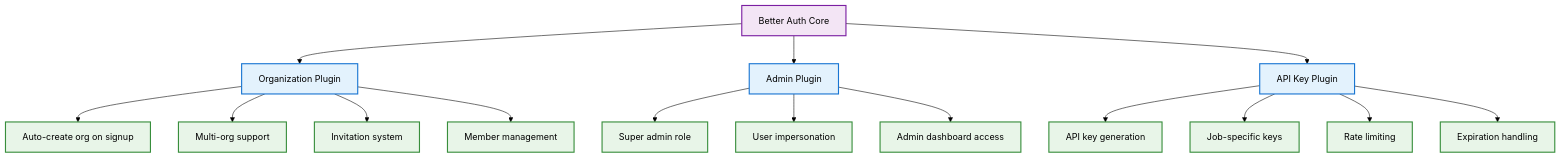
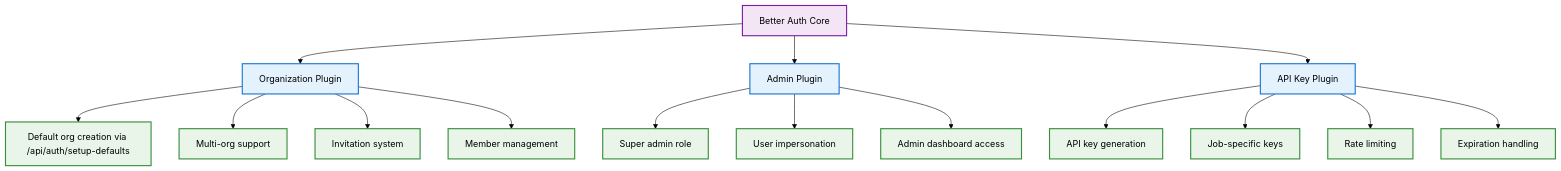
The sixth of 15 diagrams in specs/02-authentication/AUTHENTICATION_SYSTEM.md (supercheck-io/supercheck), drawn with Mermaid (forest theme) before and after one commit. The commit also changed other lines of this file and 69 other files, not shown here.

````diff
--- a/specs/02-authentication/AUTHENTICATION_SYSTEM.md
+++ b/specs/02-authentication/AUTHENTICATION_SYSTEM.md
@@ -241,28 +237,28 @@
 ```mermaid
 graph TB
     A[Better Auth Core] --> B[Organization Plugin]
     A --> C[Admin Plugin]
     A --> D[API Key Plugin]
 
-    B --> B1[Auto-create org on signup]
+    B --> B1[Default org creation via /api/auth/setup-defaults]
     B --> B2[Multi-org support]
     B --> B3[Invitation system]
     B --> B4[Member management]
 
     C --> C1[Super admin role]
     C --> C2[User impersonation]
     C --> C3[Admin dashboard access]
 
     D --> D1[API key generation]
     D --> D2[Job-specific keys]
     D --> D3[Rate limiting]
     D --> D4[Expiration handling]
 
     classDef core fill:#f3e5f5,stroke:#7b1fa2,stroke-width:2px
     classDef plugin fill:#e3f2fd,stroke:#1976d2,stroke-width:2px
     classDef feature fill:#e8f5e8,stroke:#388e3c,stroke-width:2px
 
     class A core
     class B,C,D plugin
     class B1,B2,B3,B4,C1,C2,C3,D1,D2,D3,D4 feature
 ```
````
